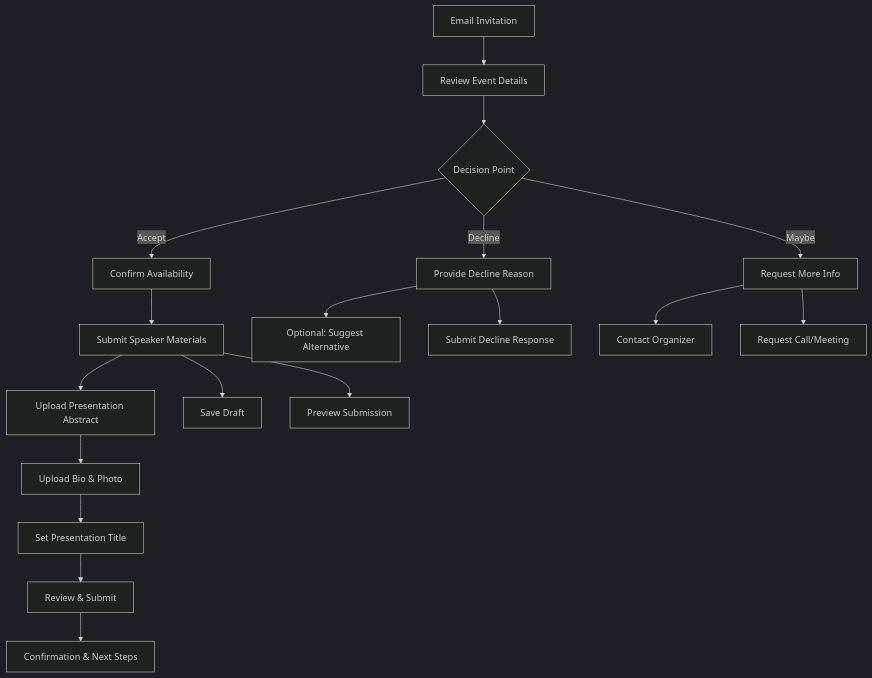
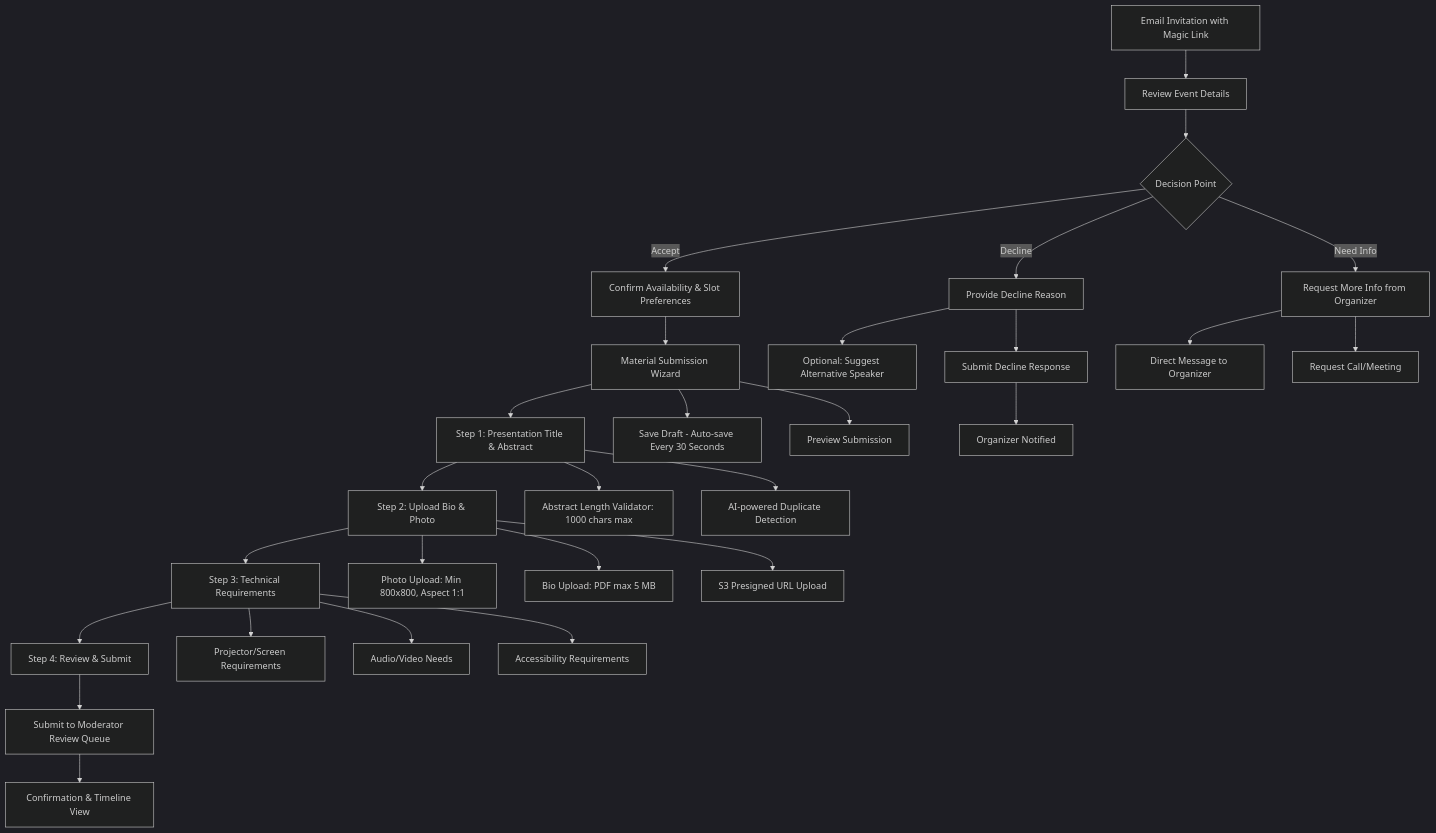
One commit to nissimbuchs/BATbern2 changed the third of 5 diagrams in docs/front-end-spec.md. Above: the diagram before and after it, drawn with Mermaid (dark theme). The commit also changed other lines of this file, not shown here.

````diff
--- a/docs/front-end-spec.md
+++ b/docs/front-end-spec.md
@@ -209,25 +294,38 @@
 ```mermaid
 graph TD
-    A[Email Invitation] --> B[Review Event Details]
+    A[Email Invitation with Magic Link] --> B[Review Event Details]
     B --> C{Decision Point}
 
-    C -->|Accept| D[Confirm Availability]
+    C -->|Accept| D[Confirm Availability & Slot Preferences]
     C -->|Decline| E[Provide Decline Reason]
-    C -->|Maybe| F[Request More Info]
+    C -->|Need Info| F[Request More Info from Organizer]
 
-    D --> G[Submit Speaker Materials]
-    G --> H[Upload Presentation Abstract]
-    H --> I[Upload Bio & Photo]
-    I --> J[Set Presentation Title]
-    J --> K[Review & Submit]
-    K --> L[Confirmation & Next Steps]
+    D --> G[Material Submission Wizard]
+    G --> H[Step 1: Presentation Title & Abstract]
+    H --> I[Step 2: Upload Bio & Photo]
+    I --> J[Step 3: Technical Requirements]
+    J --> K[Step 4: Review & Submit]
+    K --> L[Submit to Moderator Review Queue]
+    L --> M[Confirmation & Timeline View]
 
-    E --> E1[Optional: Suggest Alternative]
+    E --> E1[Optional: Suggest Alternative Speaker]
     E --> E2[Submit Decline Response]
+    E2 --> E3[Organizer Notified]
 
-    F --> F1[Contact Organizer]
+    F --> F1[Direct Message to Organizer]
     F --> F2[Request Call/Meeting]
 
-    G --> G1[Save Draft]
+    G --> G1[Save Draft - Auto-save Every 30 Seconds]
     G --> G2[Preview Submission]
+
+    H --> H1[Abstract Length Validator: 1000 chars max]
+    H --> H2[AI-powered Duplicate Detection]
+
+    I --> I1[Photo Upload: Min 800x800, Aspect 1:1]
+    I --> I2[Bio Upload: PDF max 5 MB]
+    I --> I3[S3 Presigned URL Upload]
+
+    J --> J1[Projector/Screen Requirements]
+    J --> J2[Audio/Video Needs]
+    J --> J3[Accessibility Requirements]
 ```
````
